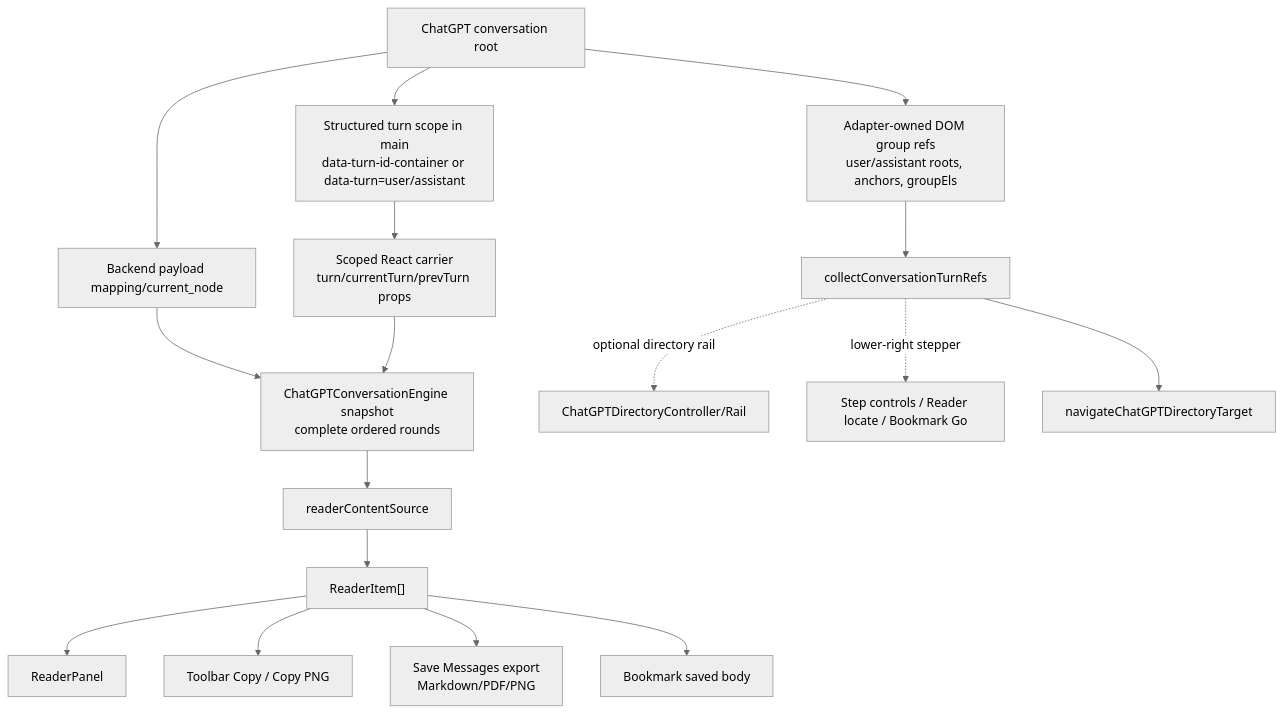
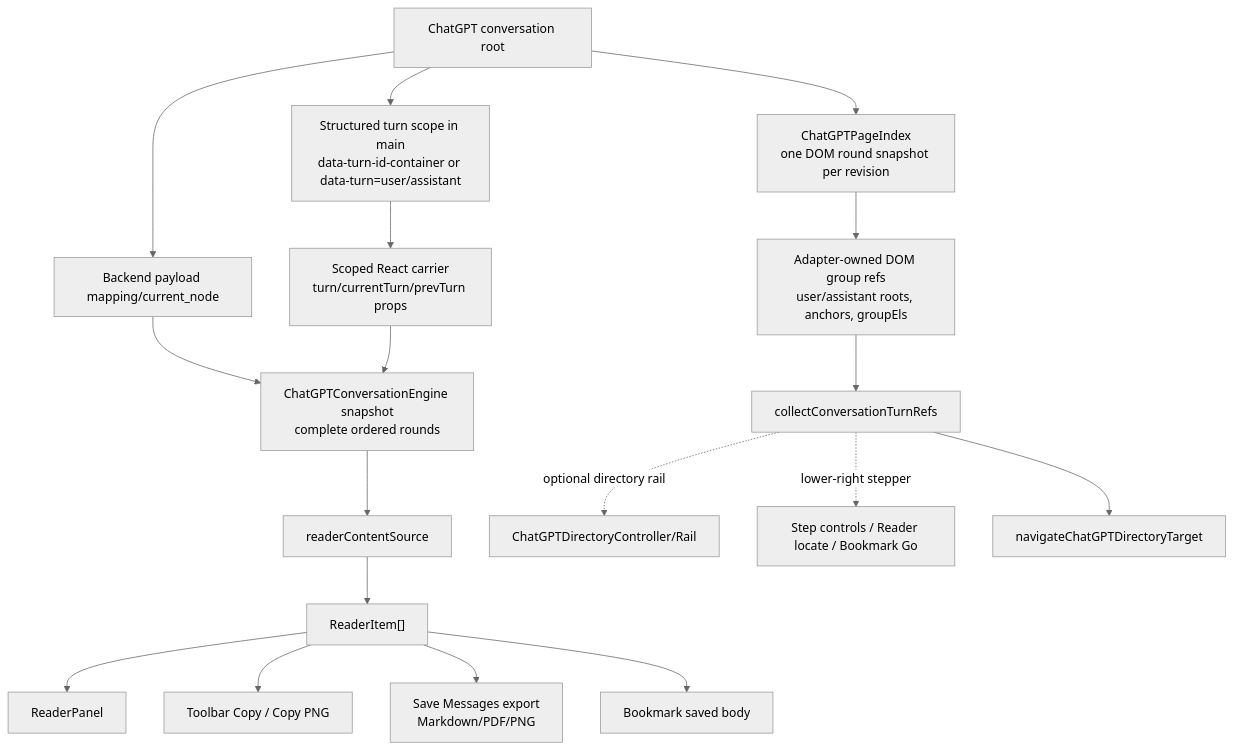
One commit to zhaoliangbin42/AI-MarkDone changed the diagram in docs/architecture/CURRENT_STATE.md. Above: the diagram before and after it, drawn with Mermaid (neutral theme). The commit also changed other lines of this file and 14 other files, not shown here.

````diff
--- a/docs/architecture/CURRENT_STATE.md
+++ b/docs/architecture/CURRENT_STATE.md
@@ -105,36 +106,38 @@
 ```mermaid
 flowchart TD
     Root["ChatGPT conversation root"]
     Payload["Backend payload mapping/current_node"]
     Scope["Structured turn scope in main<br/>data-turn-id-container or data-turn=user/assistant"]
     Carrier["Scoped React carrier<br/>turn/currentTurn/prevTurn props"]
     Snapshot["ChatGPTConversationEngine snapshot<br/>complete ordered rounds"]
     ReaderSource["readerContentSource"]
     ReaderItems["ReaderItem[]"]
     Reader["ReaderPanel"]
     ToolbarCopy["Toolbar Copy / Copy PNG"]
     Export["Save Messages export<br/>Markdown/PDF/PNG"]
     BookmarkBody["Bookmark saved body"]
+    PageIndex["ChatGPTPageIndex<br/>one DOM round snapshot per revision"]
     AdapterGroups["Adapter-owned DOM group refs<br/>user/assistant roots, anchors, groupEls"]
     TurnRefs["collectConversationTurnRefs"]
     Directory["ChatGPTDirectoryController/Rail"]
     StepControls["Step controls / Reader locate / Bookmark Go"]
     Navigation["navigateChatGPTDirectoryTarget"]
 
     Root --> Payload
     Root --> Scope
     Scope --> Carrier
     Payload --> Snapshot
     Carrier --> Snapshot
     Snapshot --> ReaderSource
     ReaderSource --> ReaderItems
     ReaderItems --> Reader
     ReaderItems --> ToolbarCopy
     ReaderItems --> Export
     ReaderItems --> BookmarkBody
-    Root --> AdapterGroups
+    Root --> PageIndex
+    PageIndex --> AdapterGroups
     AdapterGroups --> TurnRefs
     TurnRefs --> Navigation
     TurnRefs -. "optional directory rail" .-> Directory
     TurnRefs -. "lower-right stepper" .-> StepControls
 ```
````
